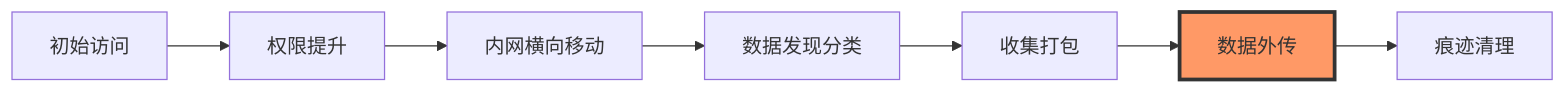
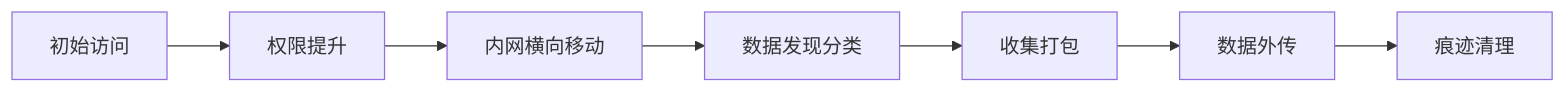
One commit to congliang/congliang.github.io changed the first of 3 diagrams in source/_posts/Post-exploit-exfiltration.md. Above: the diagram before and after it, drawn with Mermaid. The commit also changed other lines of this file and 42 other files, not shown here.

Commit message:
优化 Mermaid 图表渲染兼容性

````diff
--- a/source/_posts/Post-exploit-exfiltration.md
+++ b/source/_posts/Post-exploit-exfiltration.md
@@ -21,10 +21,9 @@
 ```mermaid
 graph LR
     A[初始访问] --> B[权限提升]
     B --> C[内网横向移动]
     C --> D[数据发现分类]
     D --> E[收集打包]
     E --> F[数据外传]
     F --> G[痕迹清理]
-    style F fill:#f96,stroke:#333,stroke-width:3px
 ```
````
